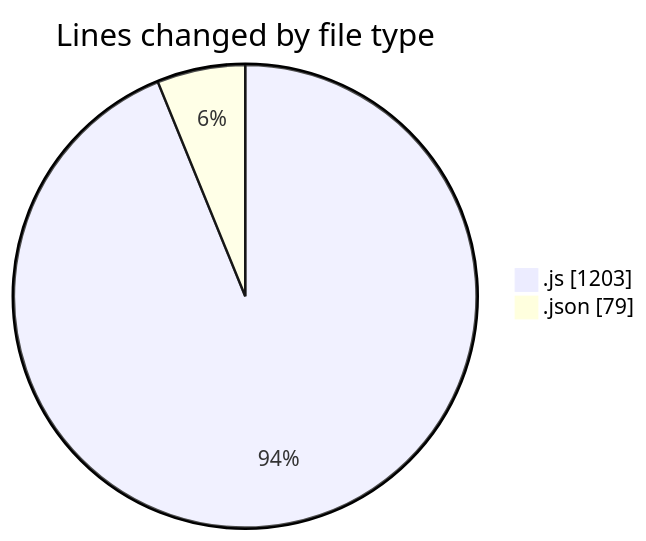
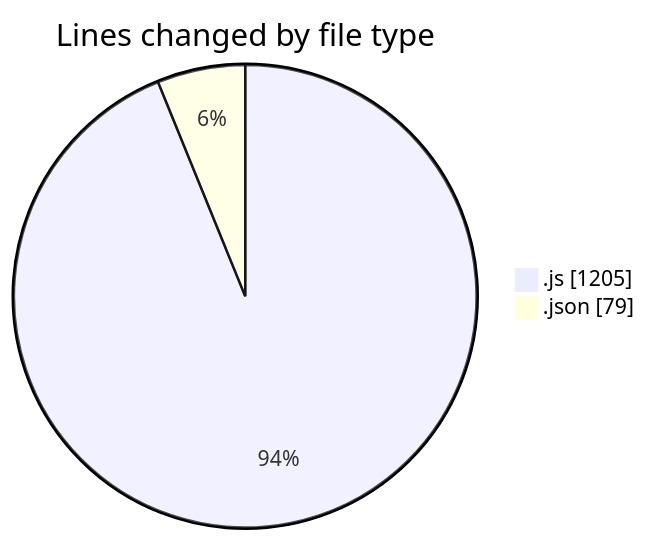
Before and after one commit to momahboobian/code-tracking: the first of 2 diagrams in 2025-01-31/cda/README.md, drawn with Mermaid. The commit also changed other lines of this file and 1 other file, not shown here.

````diff
--- a/2025-01-31/cda/README.md
+++ b/2025-01-31/cda/README.md
@@ -27,6 +27,6 @@
 ```mermaid
 pie showData
 title Lines changed by file type
-".js" : 1203
+".js" : 1205
 ".json" : 79
 ```
````
